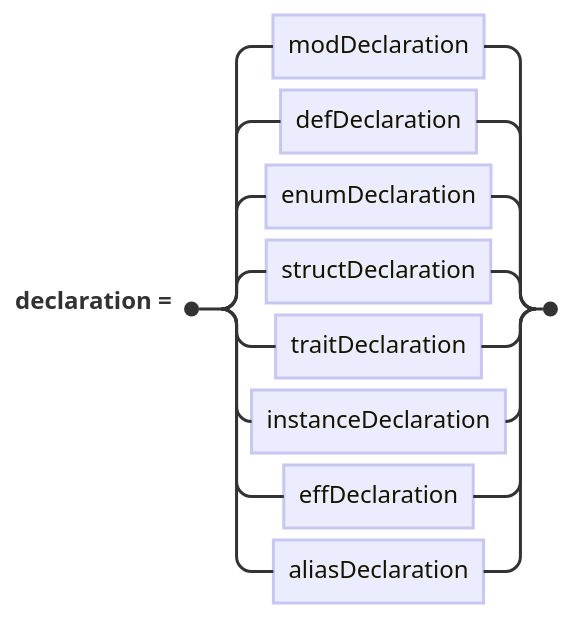
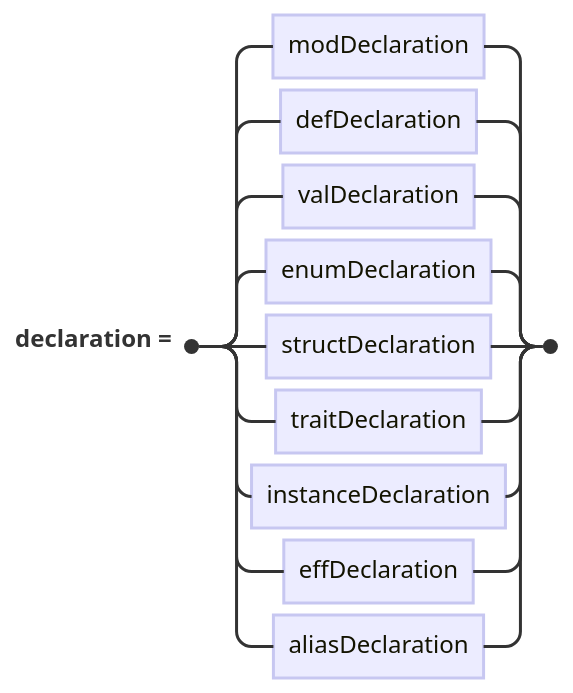
One commit to wstein/flix-antlr-grammar changed the second of 15 diagrams in docs/RAILROAD.md. Above: the diagram before and after it, drawn with Mermaid. The commit also changed 15 other files, not shown here.

````diff
--- a/docs/RAILROAD.md
+++ b/docs/RAILROAD.md
@@ -20,11 +20,12 @@
 ```mermaid
 railroad-ebnf-beta
 declaration ::= modDeclaration
     | defDeclaration
+    | valDeclaration
     | enumDeclaration
     | structDeclaration
     | traitDeclaration
     | instanceDeclaration
     | effDeclaration
     | aliasDeclaration ;
 ```
````
